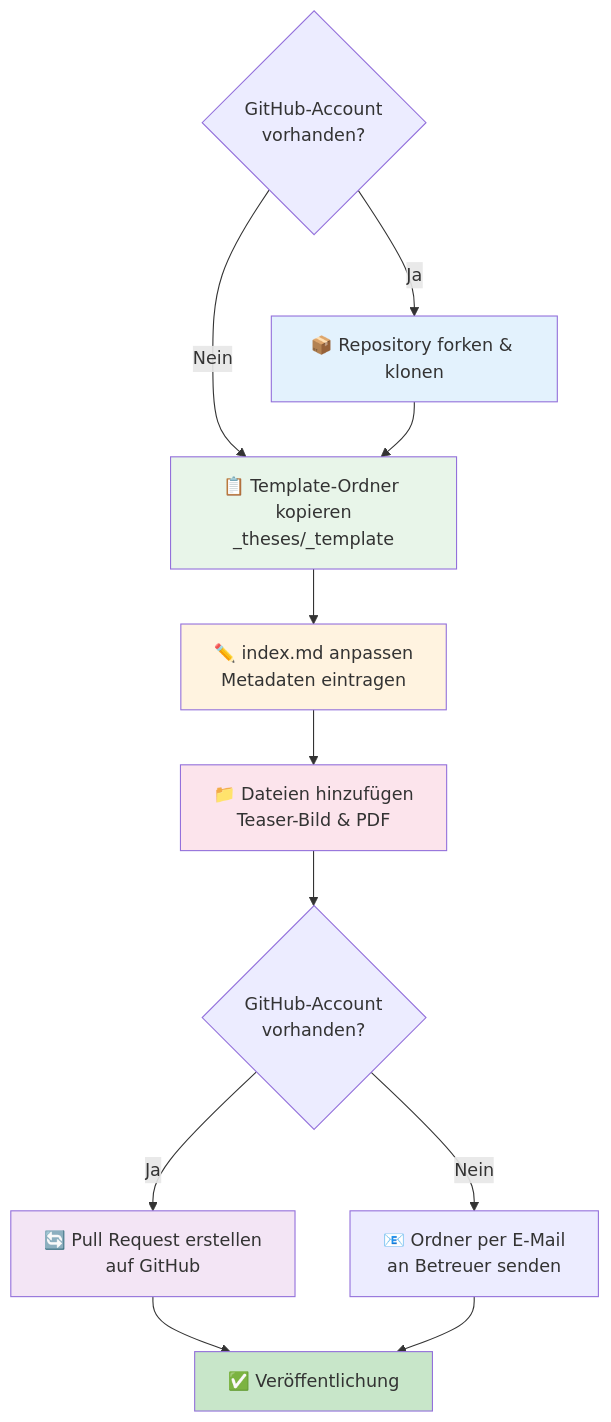
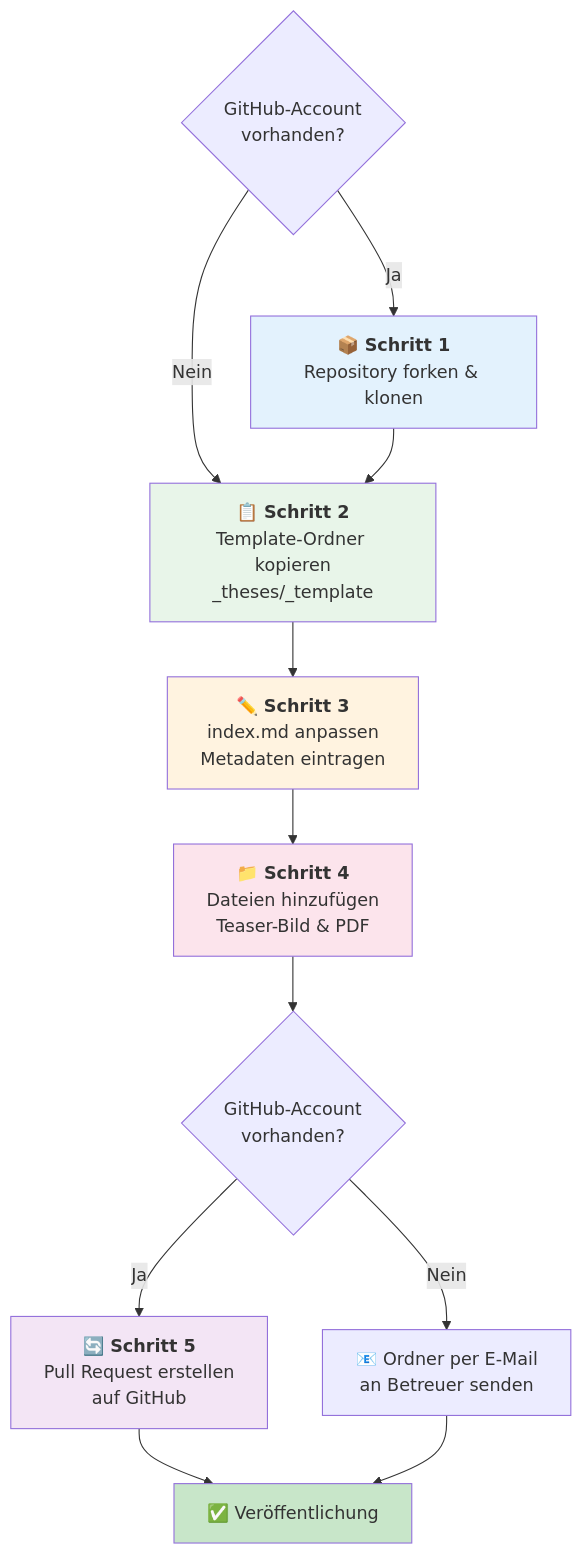
Before and after one commit to th-koeln/mi-bachelor-abschlussarbeiten: the diagram in README.md, drawn with Mermaid.

Commit message:
docs: update flowchart steps to include step numbers for clarity

````diff
--- a/README.md
+++ b/README.md
@@ -9,26 +9,20 @@
 ```mermaid
 flowchart TD
-    A{GitHub-Account<br/>vorhanden?} --> |Ja| B[📦 Repository forken & klonen]
-    A -->|Nein| C[📋 Template-Ordner kopieren<br/>_theses/_template]
+    A{GitHub-Account<br/>vorhanden?} --> |Ja| B[📦 <b>Schritt 1</b><br/>Repository forken & klonen]
+    A -->|Nein| C[📋 <b>Schritt 2</b><br/>Template-Ordner kopieren<br/>_theses/_template]
     B --> C
-    C --> D[✏️ index.md anpassen<br/>Metadaten eintragen]
-    D --> E[📁 Dateien hinzufügen<br/>Teaser-Bild & PDF]
+    C --> D[✏️ <b>Schritt 3</b><br/>index.md anpassen<br/>Metadaten eintragen]
+    D --> E[📁 <b>Schritt 4</b><br/>Dateien hinzufügen<br/>Teaser-Bild & PDF]
     E --> F{GitHub-Account<br/>vorhanden?}
-    F -->|Ja| G[🔄 Pull Request erstellen<br/>auf GitHub]
+    F -->|Ja| G[🔄 <b>Schritt 5</b><br/>Pull Request erstellen<br/>auf GitHub]
     F -->|Nein| H[📧 Ordner per E-Mail<br/>an Betreuer senden]
     G --> I[✅ Veröffentlichung]
     H --> I
-    
-    click B "#1-repository-forken-und-klonen"
-    click C "#2-template-ordner-kopieren"
-    click D "#3-markdown-datei-anpassen"
-    click E "#4-dateien-hinzufügen"
-    click G "#5-pull-request-erstellen"
     
     style B fill:#e3f2fd
     style C fill:#e8f5e9
     style D fill:#fff3e0
     style E fill:#fce4ec
     style G fill:#f3e5f5
     style I fill:#c8e6c9
 ```
````
